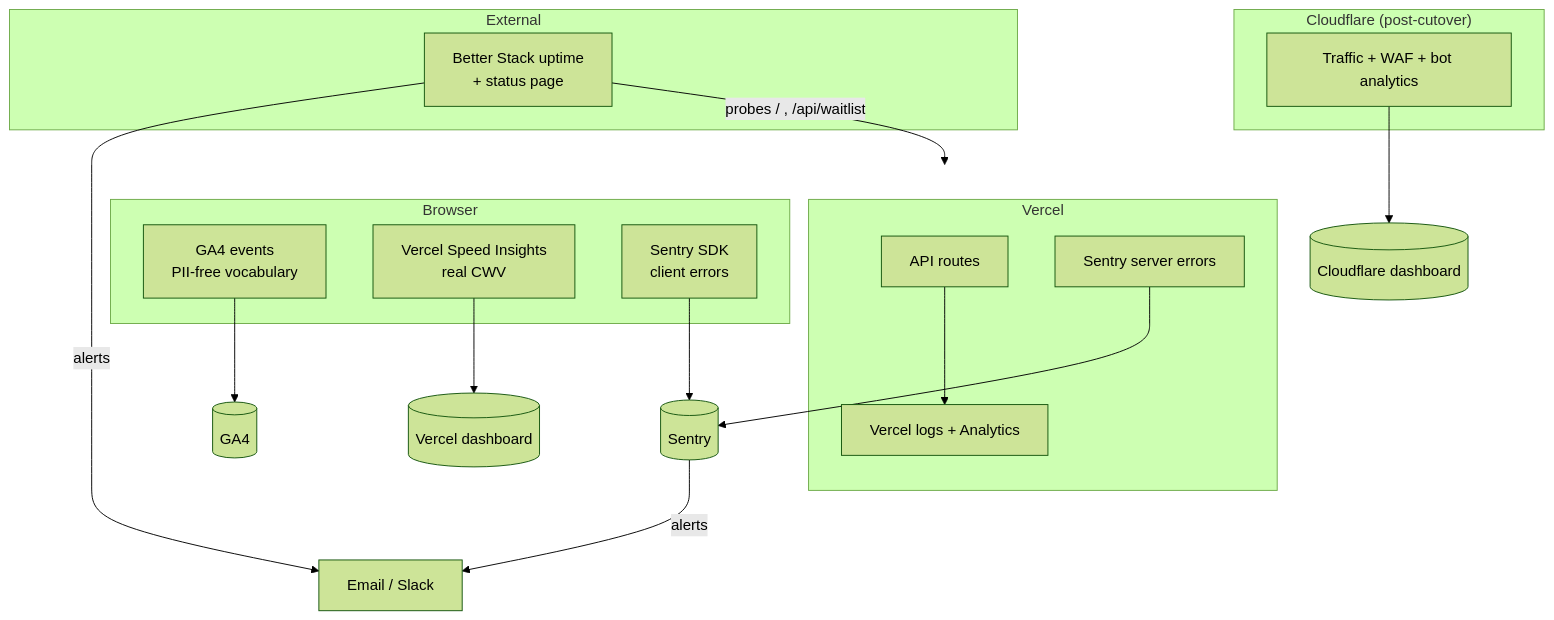
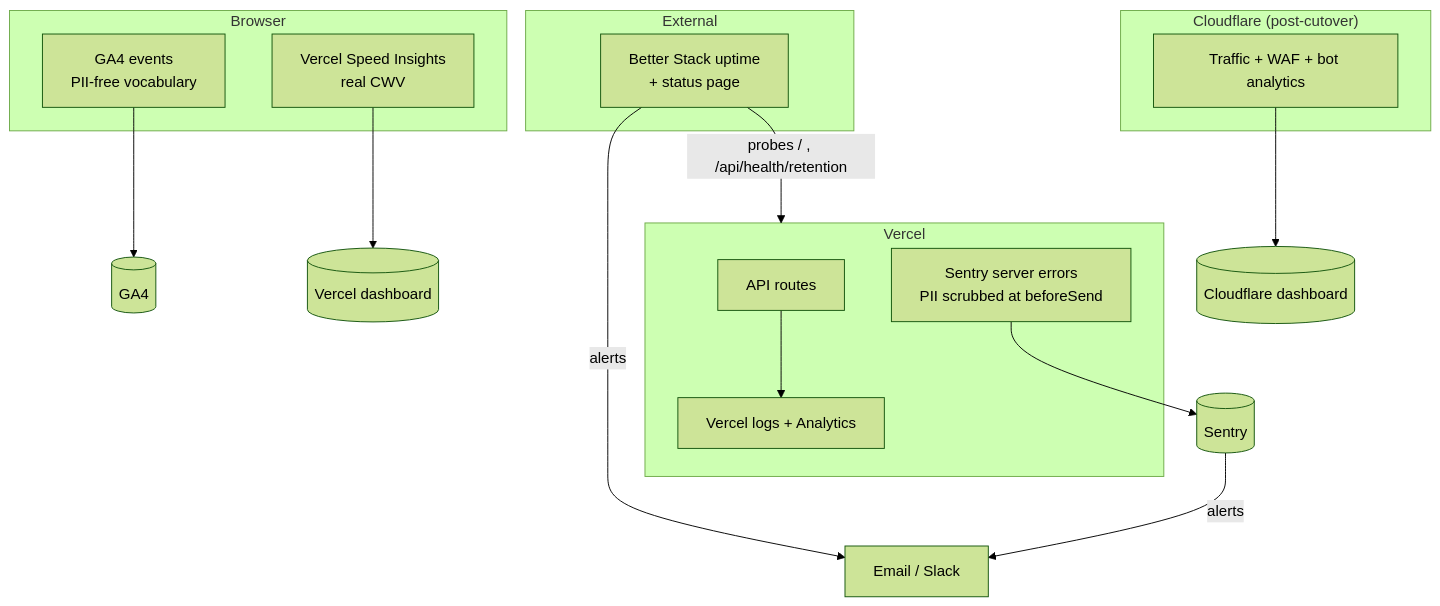
The diagram in docs/operations/monitoring-and-analytics.md (Orgofin/website), drawn with Mermaid (forest theme) before and after one commit. The commit also changed other lines of this file and 9 other files, not shown here.

First line of the commit message:
feat(observability): wire Sentry server-side, with tested PII scrubbing

````diff
--- a/docs/operations/monitoring-and-analytics.md
+++ b/docs/operations/monitoring-and-analytics.md
@@ -61,28 +61,26 @@
 ```mermaid
 flowchart TB
   subgraph Client["Browser"]
     GA[GA4 events<br/>PII-free vocabulary]
     VI[Vercel Speed Insights<br/>real CWV]
-    SE[Sentry SDK<br/>client errors]
   end
   subgraph Edge["Cloudflare (post-cutover)"]
     CFA[Traffic + WAF + bot analytics]
   end
   subgraph Vercel
     FN[API routes]
     VL[Vercel logs + Analytics]
-    SES[Sentry server errors]
+    SES[Sentry server errors<br/>PII scrubbed at beforeSend]
   end
   subgraph External
     UP[Better Stack uptime<br/>+ status page]
   end
   GA --> GA4[(GA4)]
   VI --> VD[(Vercel dashboard)]
-  SE --> SEN[(Sentry)]
-  SES --> SEN
+  SES --> SEN[(Sentry)]
   FN --> VL
   CFA --> CFD[(Cloudflare dashboard)]
-  UP -->|probes / , /api/waitlist| Vercel
+  UP -->|probes / , /api/health/retention| Vercel
   SEN -->|alerts| Notify[Email / Slack]
   UP -->|alerts| Notify
 ```
````
